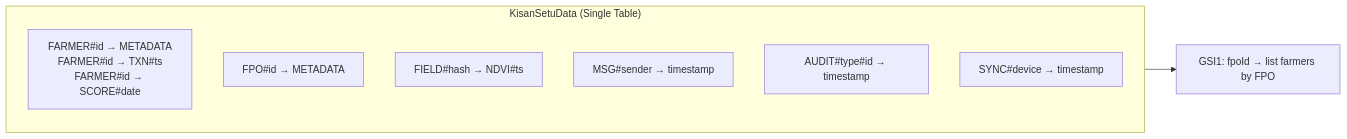
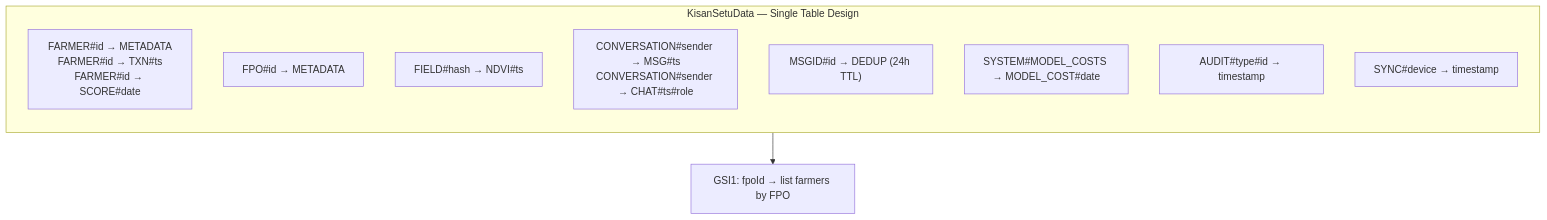
The second of 11 diagrams in architecture.md (hackergod00001/Kisan-Setu), drawn with Mermaid before and after one commit. The commit also changed other lines of this file and 1260 other files, not shown here.

First line of the commit message:
WIP: Architecture fixes and improvements for Phase 0

````diff
--- a/architecture.md
+++ b/architecture.md
@@ -430,15 +455,17 @@
 ```mermaid
-graph LR
-    subgraph DynamoDB["KisanSetuData (Single Table)"]
+graph TB
+    subgraph DynamoDB["KisanSetuData — Single Table Design"]
         direction TB
         F["FARMER#id → METADATA<br/>FARMER#id → TXN#ts<br/>FARMER#id → SCORE#date"]
         FPO_E["FPO#id → METADATA"]
         FIELD["FIELD#hash → NDVI#ts"]
-        MSG["MSG#sender → timestamp"]
+        CONV["CONVERSATION#sender → MSG#ts<br/>CONVERSATION#sender → CHAT#ts#role"]
+        DEDUP["MSGID#id → DEDUP (24h TTL)"]
+        COST["SYSTEM#MODEL_COSTS → MODEL_COST#date"]
         AUDIT["AUDIT#type#id → timestamp"]
         SYNC_E["SYNC#device → timestamp"]
     end
 
     GSI["GSI1: fpoId → list farmers by FPO"]
     DynamoDB --> GSI
 ```
````
